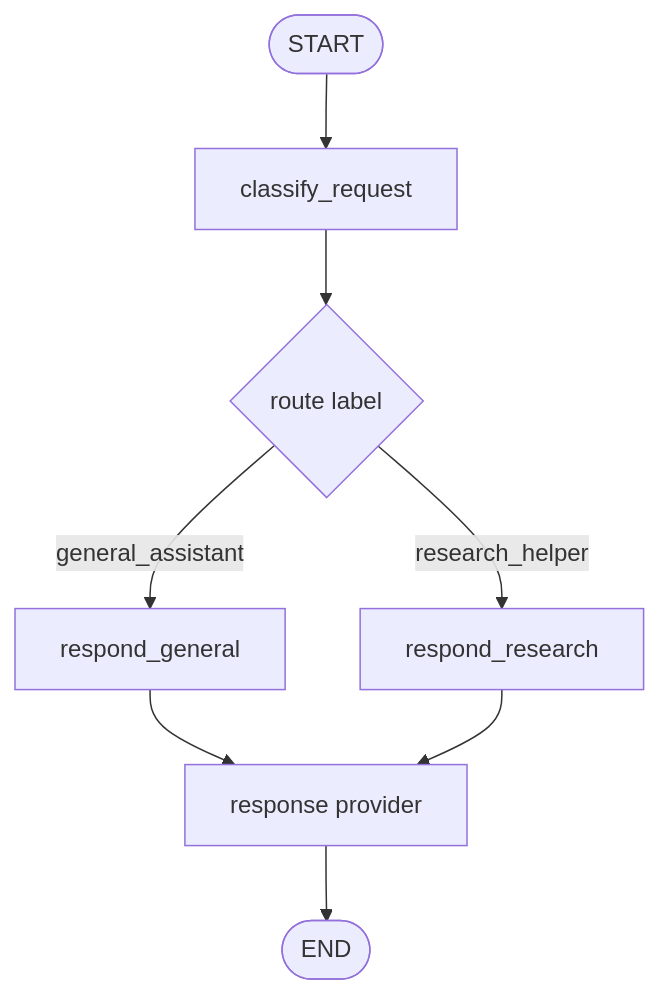
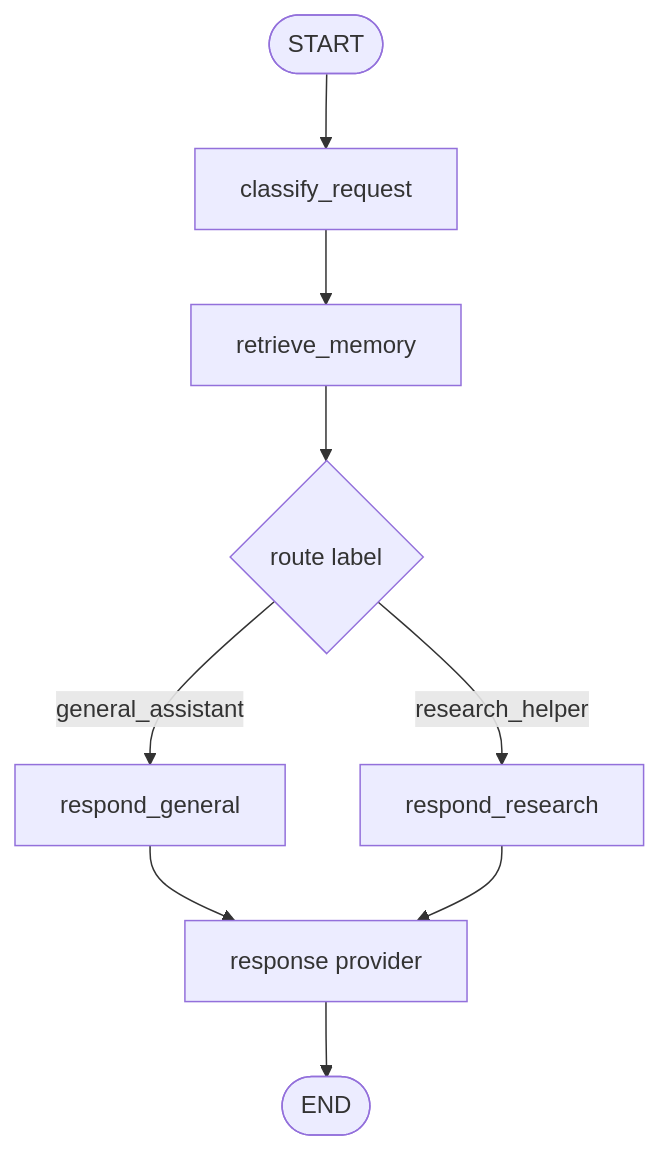
The first of 2 diagrams in my_agents/agents/general_assistant/README.en.md (heecheon92/my-agents), drawn with Mermaid before and after one commit. The commit also changed other lines of this file and 30 other files, not shown here.

First line of the commit message:
Preserve graph memory audit boundaries

````diff
--- a/my_agents/agents/general_assistant/README.en.md
+++ b/my_agents/agents/general_assistant/README.en.md
@@ -28,10 +29,11 @@
 ```mermaid
 flowchart TD
     Start([START]) --> Classify["classify_request"]
-    Classify --> Route{"route label"}
+    Classify --> Memory["retrieve_memory"]
+    Memory --> Route{"route label"}
     Route -->|general_assistant| General["respond_general"]
     Route -->|research_helper| Research["respond_research"]
     General --> Provider["response provider"]
     Research --> Provider
     Provider --> End([END])
 ```
````
